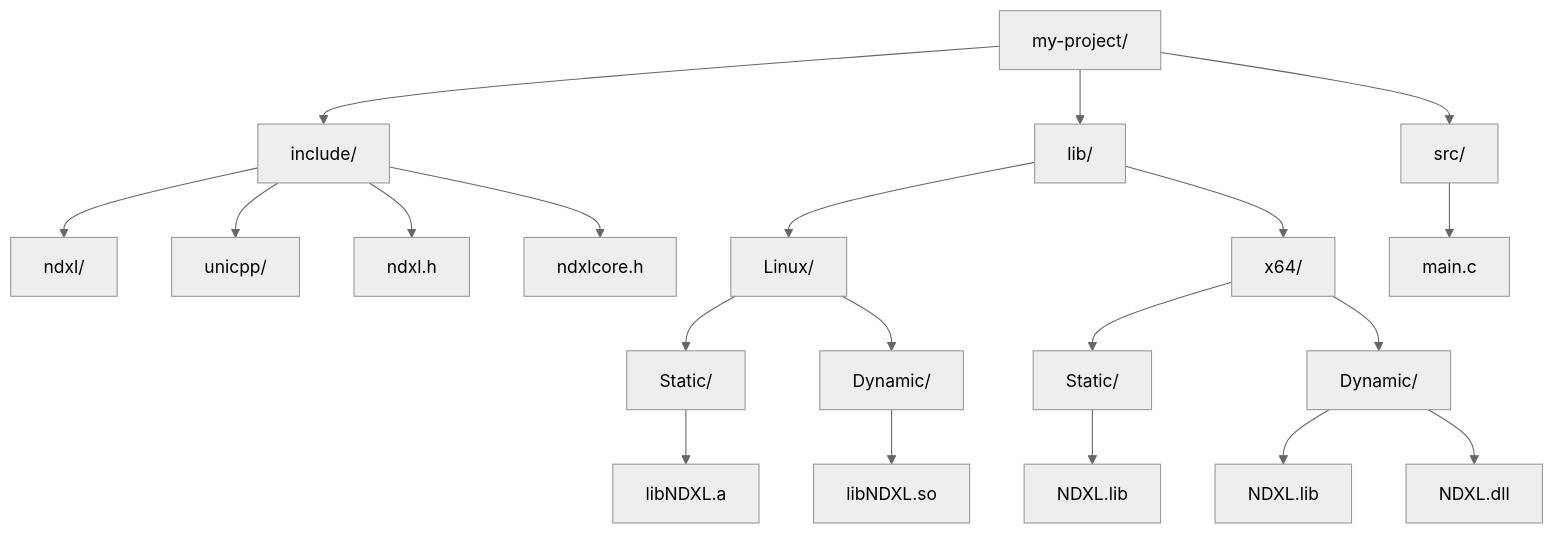
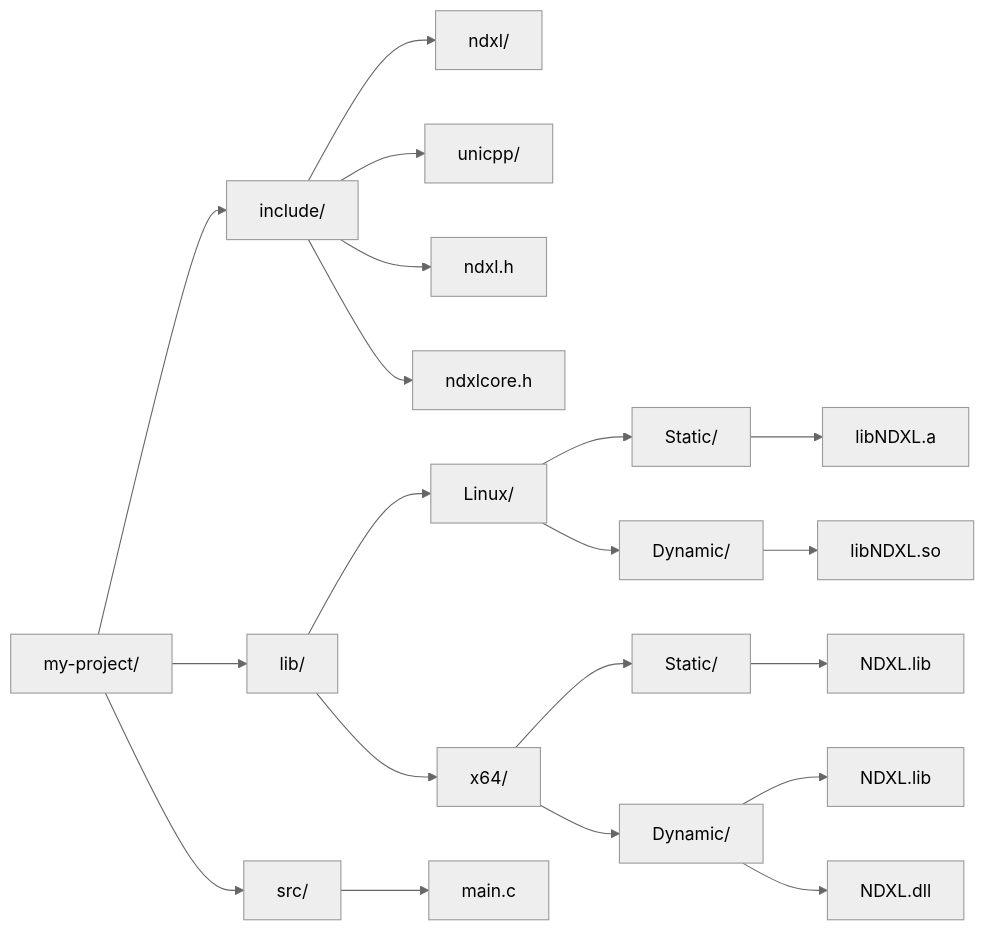
The diagram in README.md (NonlinearC/NDXL), drawn with Mermaid (neutral theme) before and after one commit. The commit also changed other lines of this file and 15 other files, not shown here.

````diff
--- a/README.md
+++ b/README.md
@@ -43,25 +43,25 @@
 ```mermaid
-graph TD
-	Root[my-project/] --> Include[include/]
-	Root --> Lib[lib/]
-	Root --> Src[src/]
-	
-	Include --> NDXL[ndxl/]
-	Include --> Unicpp[unicpp/]
-	Include --> NDHeader[ndxl.h]
-	Include --> NDCore[ndxlcore.h]
-	
-	Lib --> Linux[Linux/]
-	Lib --> Win[x64/]
-	Linux --> LStatic[Static/]
-	LStatic --> LStatLib[libNDXL.a]
-	Linux --> LDynamic[Dynamic/]
-	LDynamic --> LDynLib[libNDXL.so]
-	Win --> WStatic[Static/]
-	WStatic --> WStatLib[NDXL.lib]
-	Win --> WDynamic[Dynamic/]
-	WDynamic --> WDynStatLib[NDXL.lib]
-	WDynamic --> WDynDynLib[NDXL.dll]
-	
-	Src --> Main[main.c]
+graph LR
+    Root[my-project/] --> Include[include/]
+    Root --> Lib[lib/]
+    Root --> Src[src/]
+    
+    Include --> NDXL[ndxl/]
+    Include --> Unicpp[unicpp/]
+    Include --> NDHeader[ndxl.h]
+    Include --> NDCore[ndxlcore.h]
+    
+    Lib --> Linux[Linux/]
+    Lib --> Win[x64/]
+    Linux --> LStatic[Static/]
+    LStatic --> LStatLib[libNDXL.a]
+    Linux --> LDynamic[Dynamic/]
+    LDynamic --> LDynLib[libNDXL.so]
+    Win --> WStatic[Static/]
+    WStatic --> WStatLib[NDXL.lib]
+    Win --> WDynamic[Dynamic/]
+    WDynamic --> WDynStatLib[NDXL.lib]
+    WDynamic --> WDynDynLib[NDXL.dll]
+    
+    Src --> Main[main.c]
 ```
````
